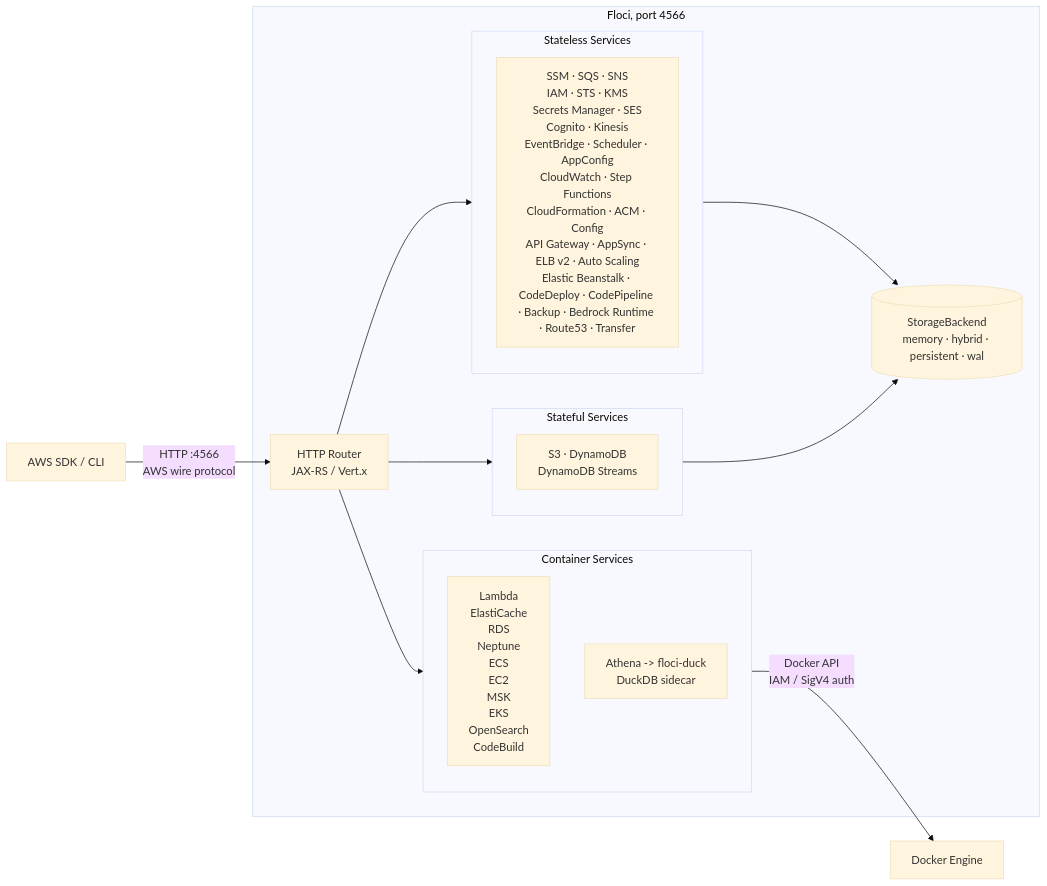
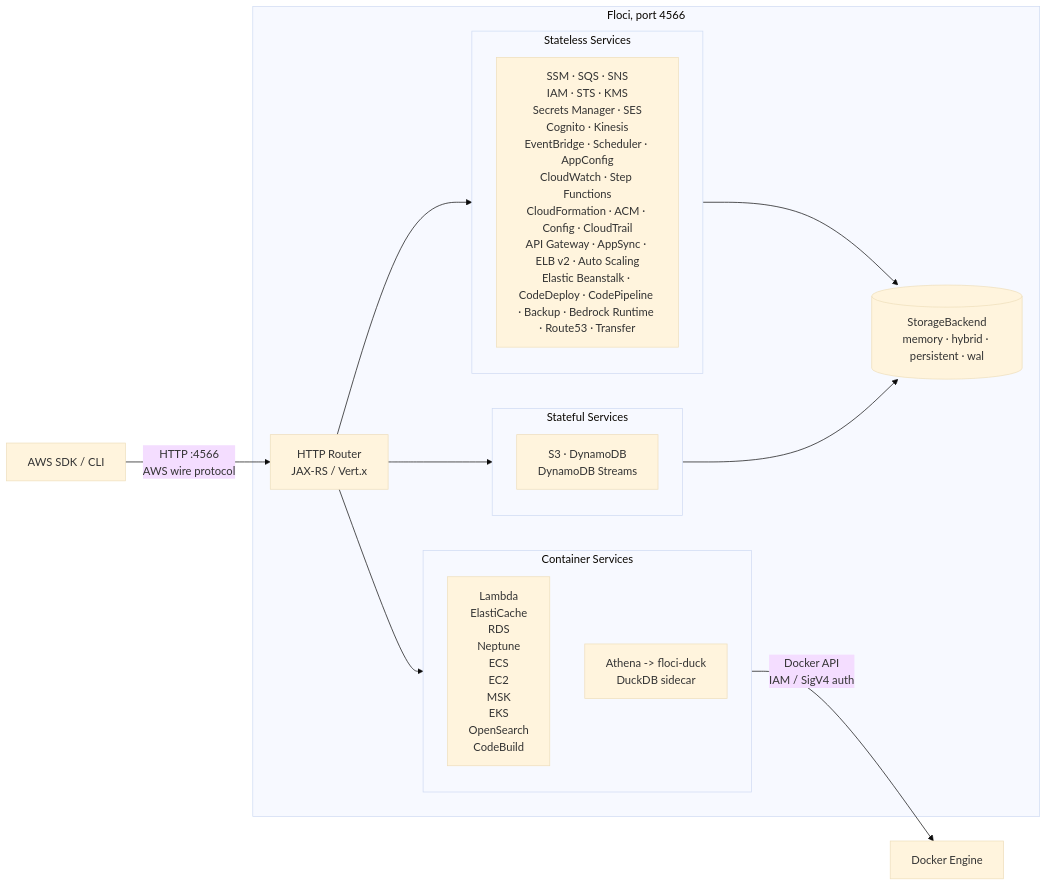
Before and after one commit to ryan00x/aws-terraform-ci-validation: the diagram in README.md, drawn with Mermaid (base theme). The commit also changed other lines of this file and 24 other files, not shown here.

First line of the commit message:
feat(cloudtrail): in-process CloudTrail with S3 data event emission (#1460)

````diff
--- a/README.md
+++ b/README.md
@@ -185,30 +185,30 @@
 ```mermaid
 flowchart LR
     Client["AWS SDK / CLI"]
 
     subgraph Floci ["Floci, port 4566"]
         Router["HTTP Router\nJAX-RS / Vert.x"]
 
         subgraph Stateless ["Stateless Services"]
-            A["SSM · SQS · SNS\nIAM · STS · KMS\nSecrets Manager · SES\nCognito · Kinesis\nEventBridge · Scheduler · AppConfig\nCloudWatch · Step Functions\nCloudFormation · ACM · Config\nAPI Gateway · AppSync · ELB v2 · Auto Scaling\nElastic Beanstalk · CodeDeploy · CodePipeline · Backup · Bedrock Runtime · Route53 · Transfer"]
+            A["SSM · SQS · SNS\nIAM · STS · KMS\nSecrets Manager · SES\nCognito · Kinesis\nEventBridge · Scheduler · AppConfig\nCloudWatch · Step Functions\nCloudFormation · ACM · Config · CloudTrail\nAPI Gateway · AppSync · ELB v2 · Auto Scaling\nElastic Beanstalk · CodeDeploy · CodePipeline · Backup · Bedrock Runtime · Route53 · Transfer"]
         end
 
         subgraph Stateful ["Stateful Services"]
             B["S3 · DynamoDB\nDynamoDB Streams"]
         end
 
         subgraph Containers ["Container Services"]
             C["Lambda\nElastiCache\nRDS\nNeptune\nECS\nEC2\nMSK\nEKS\nOpenSearch\nCodeBuild"]
             D["Athena -> floci-duck\nDuckDB sidecar"]
         end
 
         Router --> Stateless
         Router --> Stateful
         Router --> Containers
         Stateless & Stateful --> Store[("StorageBackend\nmemory · hybrid · persistent · wal")]
     end
 
     Docker["Docker Engine"]
     Client -->|"HTTP :4566\nAWS wire protocol"| Router
     Containers -->|"Docker API\nIAM / SigV4 auth"| Docker
 ```
````
